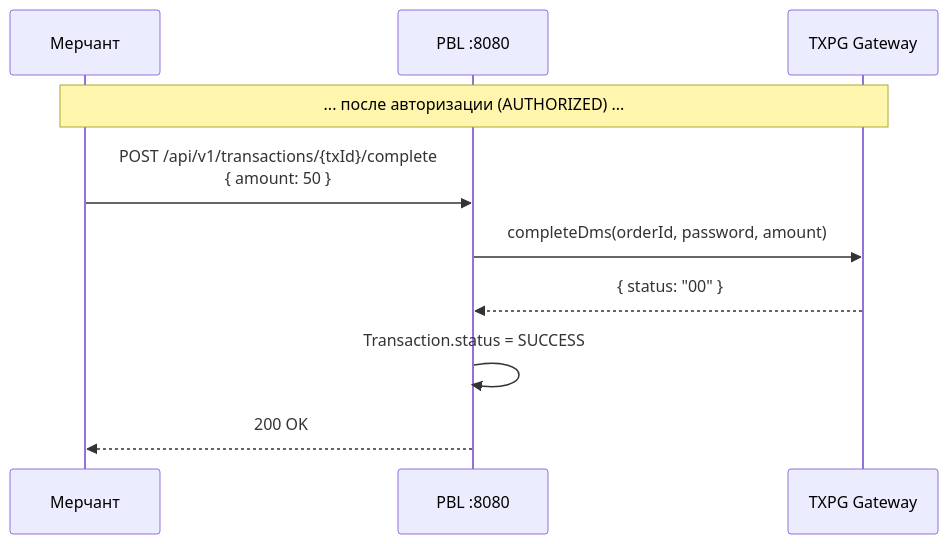
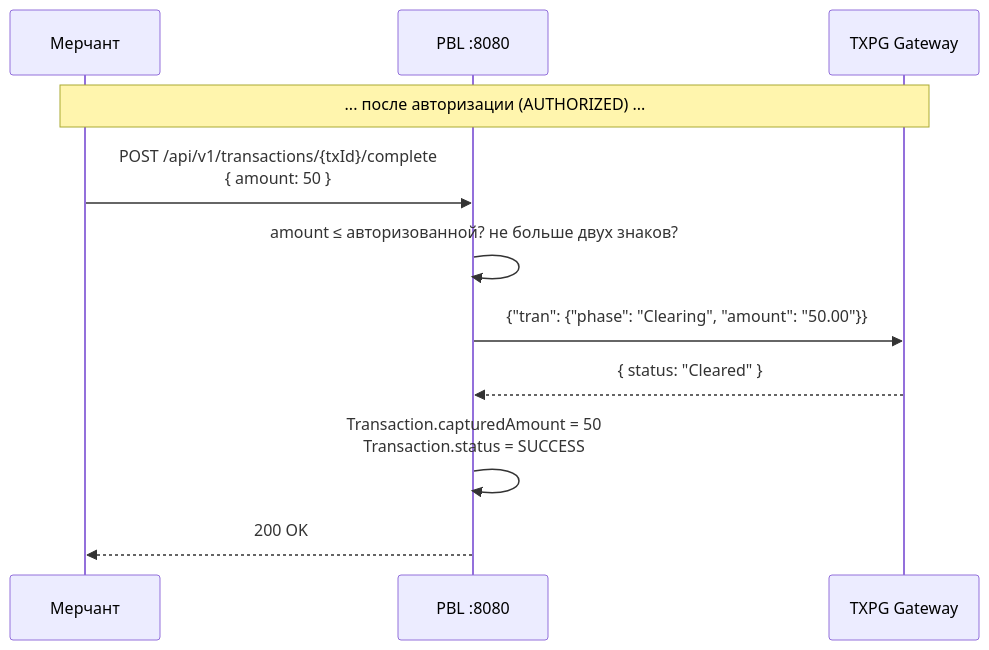
Before and after one commit to Gaena/merchant-portal-mk: diagram 12 of 12 in application_description.md, drawn with Mermaid. The commit also changed other lines of this file and 502 other files, not shown here.

````diff
--- a/application_description.md
+++ b/application_description.md
@@ -1111,14 +2369,15 @@
 ```mermaid
 sequenceDiagram
     participant M as Мерчант
     participant PBL as PBL :8080
     participant TXPG as TXPG Gateway
 
     Note over M,TXPG: ... после авторизации (AUTHORIZED) ...
     
     M->>PBL: POST /api/v1/transactions/{txId}/complete<br/>{ amount: 50 }
-    PBL->>TXPG: completeDms(orderId, password, amount)
-    TXPG-->>PBL: { status: "00" }
-    PBL->>PBL: Transaction.status = SUCCESS
+    PBL->>PBL: amount ≤ авторизованной? не больше двух знаков?
+    PBL->>TXPG: {"tran": {"phase": "Clearing", "amount": "50.00"}}
+    TXPG-->>PBL: { status: "Cleared" }
+    PBL->>PBL: Transaction.capturedAmount = 50<br/>Transaction.status = SUCCESS
     PBL-->>M: 200 OK
 ```
````
